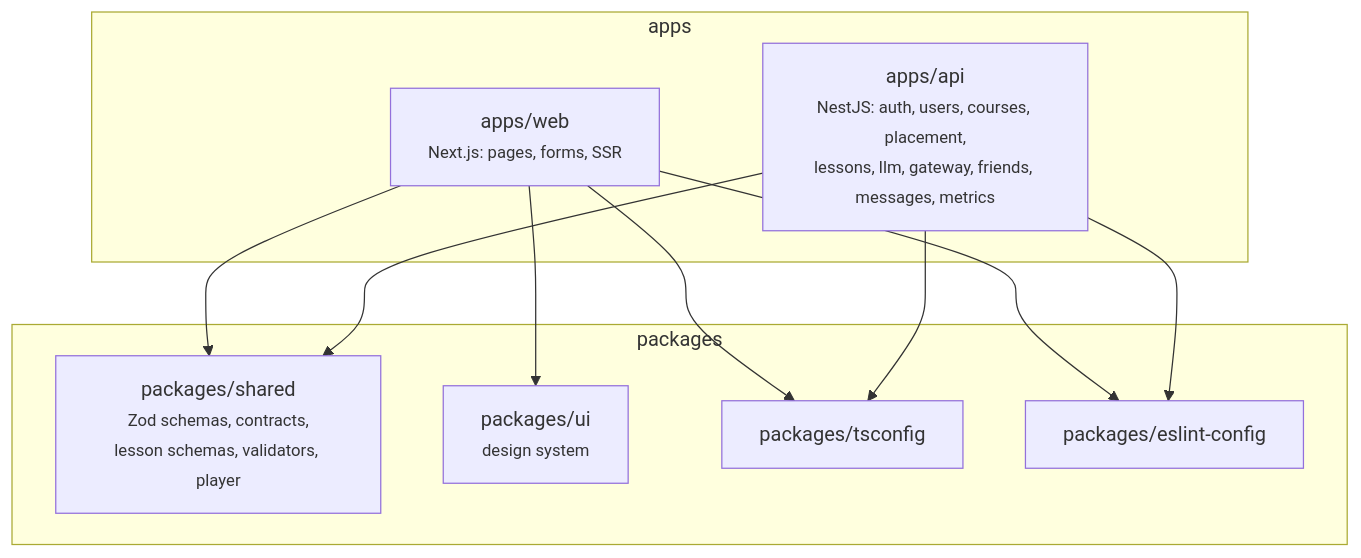
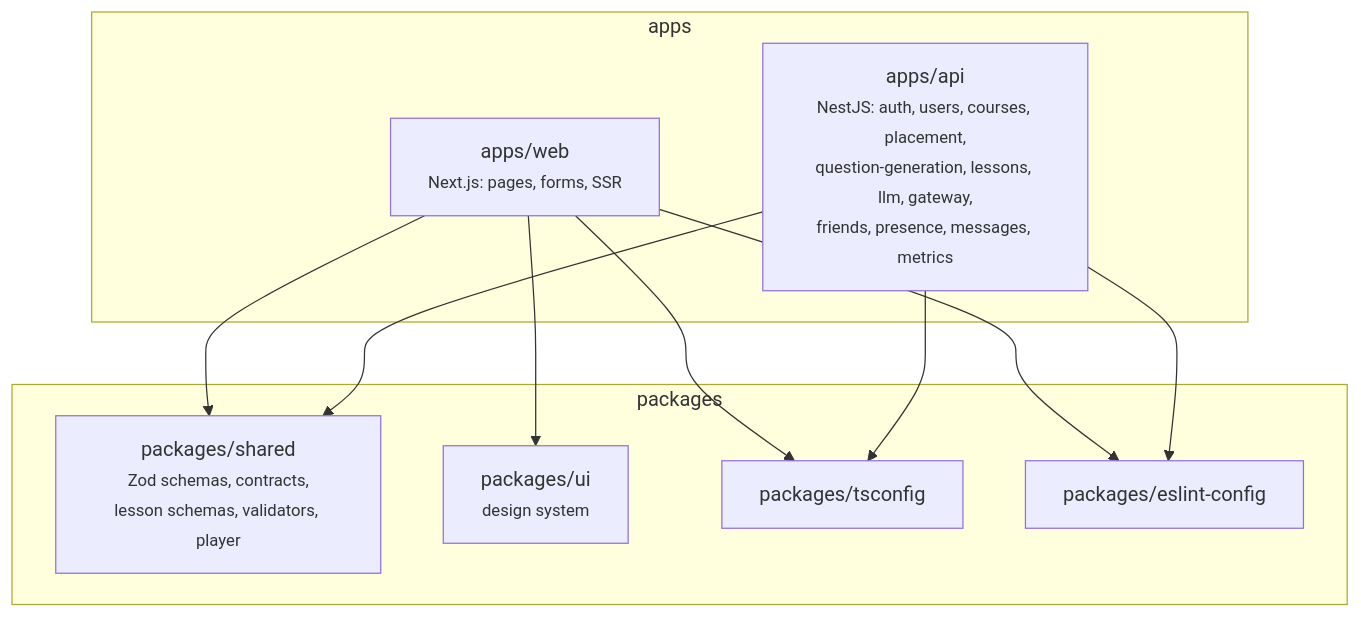
The eighth of 8 diagrams in docs/architecture/overview.md (VictorBro/ft_transcendence), drawn with Mermaid before and after one commit. The commit also changed other lines of this file and 31 other files, not shown here.

````diff
--- a/docs/architecture/overview.md
+++ b/docs/architecture/overview.md
@@ -483,20 +484,20 @@
 ```mermaid
 flowchart TB
     subgraph apps
         web["apps/web<br/><small>Next.js: pages, forms, SSR</small>"]
-        api["apps/api<br/><small>NestJS: auth, users, courses, placement,<br/>lessons, llm, gateway, friends, messages, metrics</small>"]
+        api["apps/api<br/><small>NestJS: auth, users, courses, placement,<br/>question-generation, lessons, llm, gateway,<br/>friends, presence, messages, metrics</small>"]
     end
 
     subgraph packages
         shared["packages/shared<br/><small>Zod schemas, contracts,<br/>lesson schemas, validators, player</small>"]
         ui["packages/ui<br/><small>design system</small>"]
         tsconfig["packages/tsconfig"]
         eslint["packages/eslint-config"]
     end
 
     web --> shared
     api --> shared
     web --> ui
     web --> tsconfig & eslint
     api --> tsconfig & eslint
 ```
````
